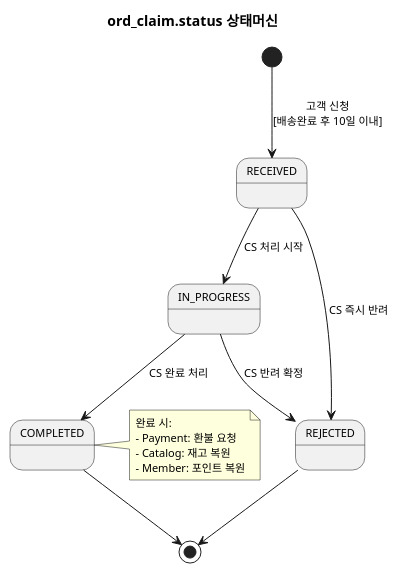
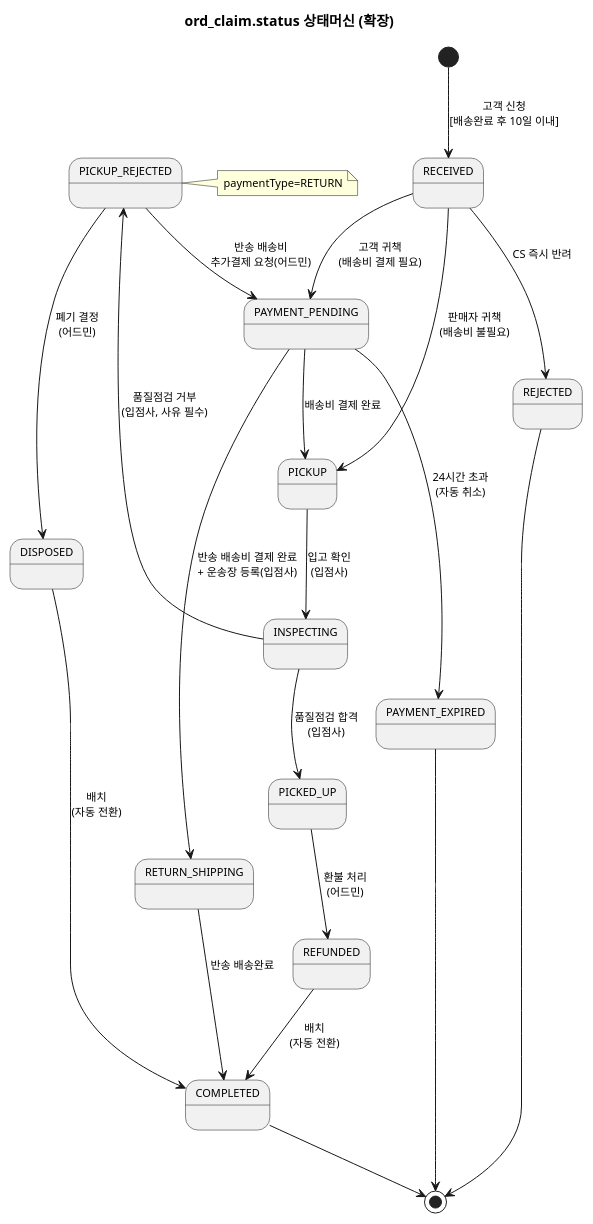
Before and after one commit to parknahyun/runNShop: the second of 2 diagrams in docs/자산화-단계별/S2-구조설계/10-상태머신(Order).md, drawn with PlantUML. The commit also changed other lines of this file and 31 other files, not shown here.

Commit message:
docs: 주문결제 도메인 S2-S3 산출물 작성 및 현행화 - S3 상세설계 산출물 전체 작성 (13-GWT ~ 17-화면레이아웃) - S2 구조설계 현행화 (상태머신12상태, ERD확장, EARS추가, 이벤트플로우15개, BP재작성) - 모바일 마이페이지/주문조회/클레임 목록·상세 화면 구현 - API mock JSON 및 Kotlin Controller 추가 - 정합성 검토 20건 해소, 시퀀스 15개로 확장

````diff
--- a/docs/자산화-단계별/S2-구조설계/10-상태머신(Order).md
+++ b/docs/자산화-단계별/S2-구조설계/10-상태머신(Order).md
@@ -114,26 +126,39 @@
 ```plantuml
 @startuml
 skinparam backgroundColor transparent
 skinparam defaultFontSize 11
-title ord_claim.status 상태머신
+title ord_claim.status 상태머신 (확장)
 
 [*] --> RECEIVED : 고객 신청\n[배송완료 후 10일 이내]
 
-RECEIVED --> IN_PROGRESS : CS 처리 시작
+RECEIVED --> PAYMENT_PENDING : 고객 귀책\n(배송비 결제 필요)
+RECEIVED --> PICKUP : 판매자 귀책\n(배송비 불필요)
 RECEIVED --> REJECTED : CS 즉시 반려
 
-IN_PROGRESS --> COMPLETED : CS 완료 처리
-IN_PROGRESS --> REJECTED : CS 반려 확정
+PAYMENT_PENDING --> PICKUP : 배송비 결제 완료
+PAYMENT_PENDING --> PAYMENT_EXPIRED : 24시간 초과\n(자동 취소)
+
+PICKUP --> INSPECTING : 입고 확인\n(입점사)
+
+INSPECTING --> PICKED_UP : 품질점검 합격\n(입점사)
+INSPECTING --> PICKUP_REJECTED : 품질점검 거부\n(입점사, 사유 필수)
+
+PICKED_UP --> REFUNDED : 환불 처리\n(어드민)
+
+PICKUP_REJECTED --> DISPOSED : 폐기 결정\n(어드민)
+PICKUP_REJECTED --> PAYMENT_PENDING : 반송 배송비\n추가결제 요청(어드민)
+note right of PICKUP_REJECTED : paymentType=RETURN
+
+RETURN_SHIPPING --> COMPLETED : 반송 배송완료
+
+PAYMENT_PENDING --> RETURN_SHIPPING : 반송 배송비 결제 완료\n+ 운송장 등록(입점사)
+
+REFUNDED --> COMPLETED : 배치\n(자동 전환)
+DISPOSED --> COMPLETED : 배치\n(자동 전환)
 
 COMPLETED --> [*]
 REJECTED --> [*]
-
-note right of COMPLETED
-  완료 시:
-  - Payment: 환불 요청
-  - Catalog: 재고 복원
-  - Member: 포인트 복원
-end note
+PAYMENT_EXPIRED --> [*]
 
 @enduml
 ```
````
